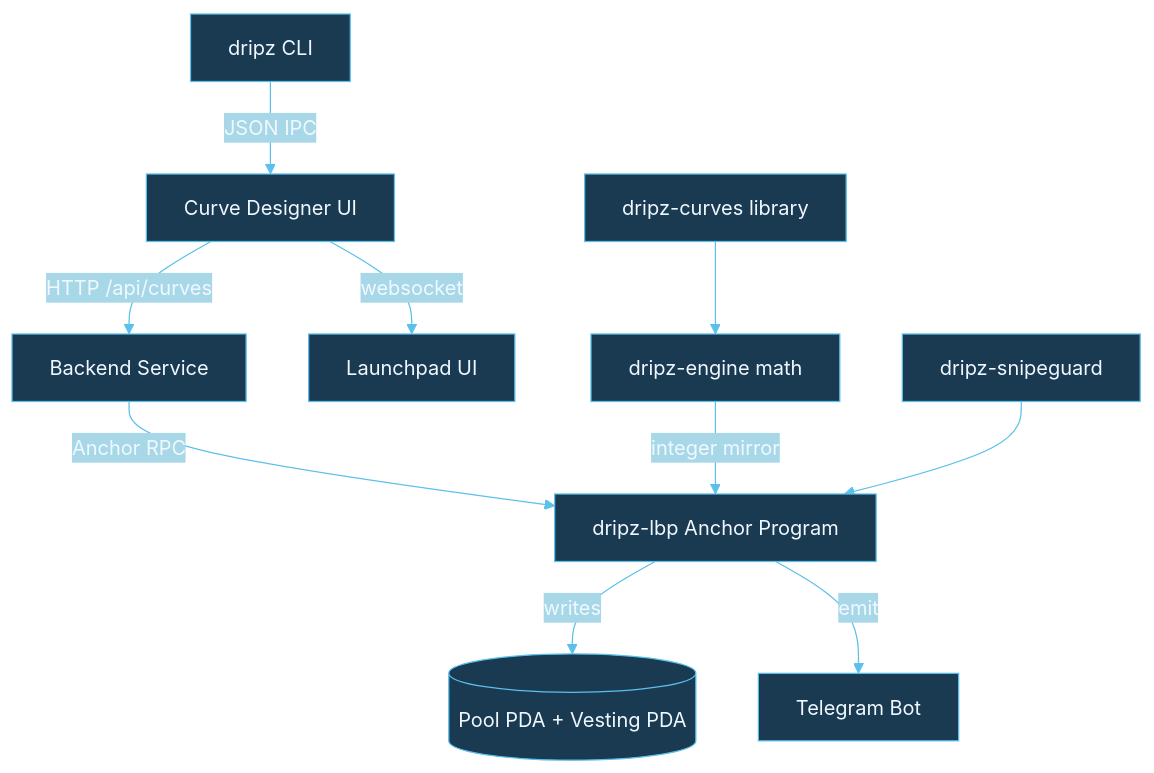
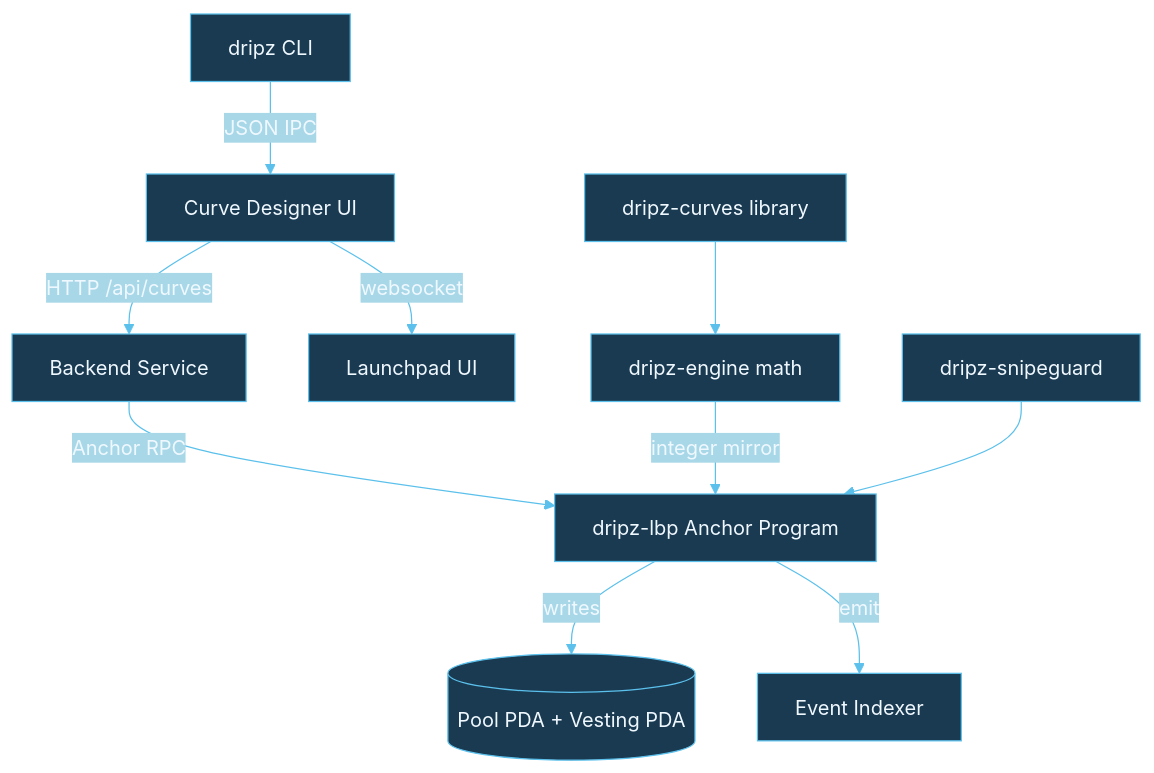
One commit to dripz-labs/dripz changed the diagram in README.md. Above: the diagram before and after it, drawn with Mermaid. The commit also changed other lines of this file and 6 other files, not shown here.

Commit message:
Publish dripz-cli and @dripzfi/sdk on npm and align README and architecture diagrams with the production indexer (the bot mention was off-brand for an anti-snipe project)

````diff
--- a/README.md
+++ b/README.md
@@ -78,21 +78,21 @@
 ```mermaid
 %%{init: {'theme': 'base', 'themeVariables': {
   'primaryColor': '#1A3A52',
   'primaryTextColor': '#F0F8FF',
   'primaryBorderColor': '#5BC0EB',
   'lineColor': '#5BC0EB',
   'secondaryColor': '#A8D8E8',
   'tertiaryColor': '#D4AF37',
   'fontFamily': 'monospace'
 }}}%%
 graph TD
     Designer[Curve Designer UI] -->|HTTP /api/curves| Service[Backend Service]
     CLI[dripz CLI] -->|JSON IPC| Designer
     Designer -->|websocket| Launchpad[Launchpad UI]
     Service -->|Anchor RPC| Program[dripz-lbp Anchor Program]
     Program -->|writes| State[(Pool PDA + Vesting PDA)]
-    Program -->|emit| Bot[Telegram Bot]
+    Program -->|emit| Indexer[Event Indexer]
     Engine[dripz-engine math] -->|integer mirror| Program
     Curves[dripz-curves library] --> Engine
     Snipe[dripz-snipeguard] --> Program
 ```
````
